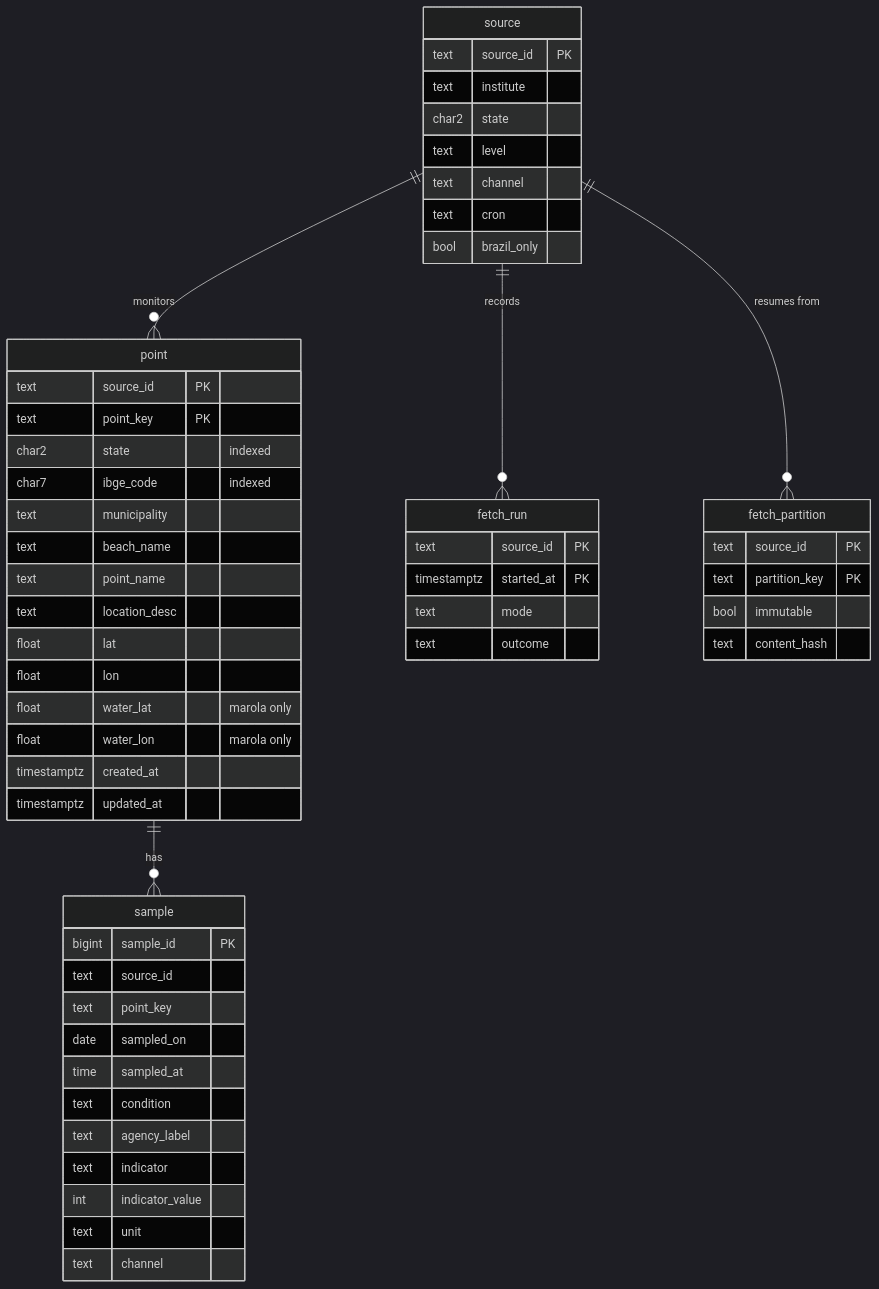
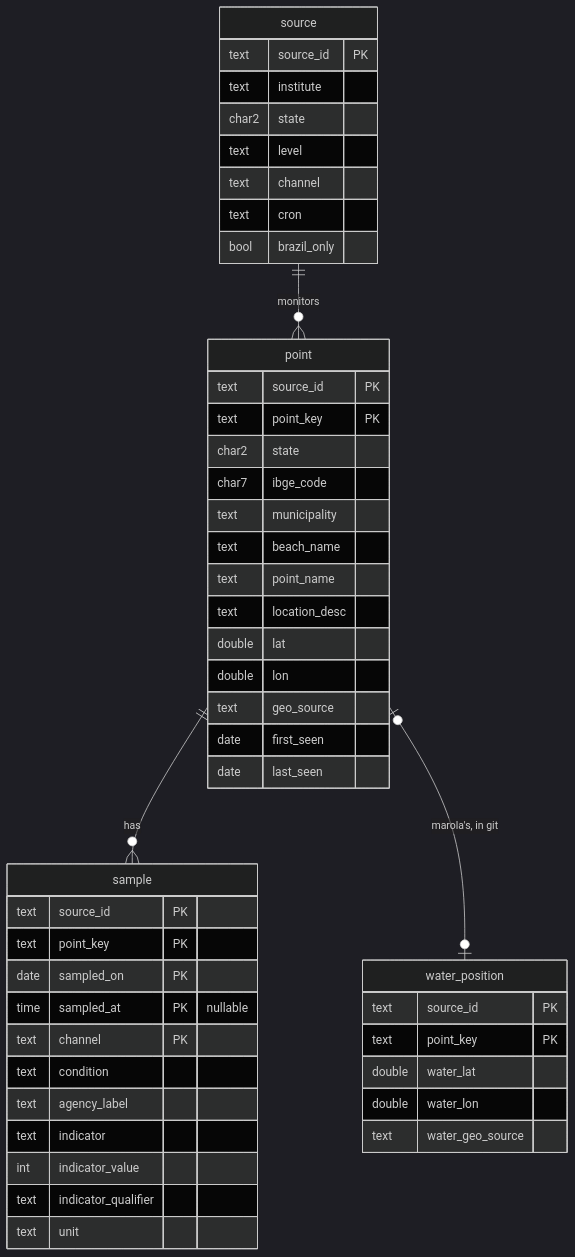
The second of 2 diagrams in specs/001-beach-persistence/data-model.md (marola-dev/marola-oods), drawn with Mermaid (dark theme) before and after one commit. The commit also changed other lines of this file and 12 other files, not shown here.

````diff
--- a/specs/001-beach-persistence/data-model.md
+++ b/specs/001-beach-persistence/data-model.md
@@ -7,58 +87,51 @@
 ```mermaid
 erDiagram
   source ||--o{ point : "monitors"
-  source ||--o{ fetch_run : "records"
-  source ||--o{ fetch_partition : "resumes from"
   point  ||--o{ sample : "has"
+  point  |o--o| water_position : "marola's, in git"
 
   source {
     text source_id PK
     text institute
     char2 state
     text level
     text channel
     text cron
     bool brazil_only
   }
   point {
     text source_id PK
     text point_key PK
-    char2 state "indexed"
-    char7 ibge_code "indexed"
+    char2 state
+    char7 ibge_code
     text municipality
     text beach_name
     text point_name
     text location_desc
-    float lat
-    float lon
-    float water_lat "marola only"
-    float water_lon "marola only"
-    timestamptz created_at
-    timestamptz updated_at
+    double lat
+    double lon
+    text geo_source
+    date first_seen
+    date last_seen
   }
   sample {
-    bigint sample_id PK
-    text source_id
-    text point_key
-    date sampled_on
-    time sampled_at
+    text source_id PK
+    text point_key PK
+    date sampled_on PK
+    time sampled_at PK "nullable"
+    text channel PK
     text condition
     text agency_label
     text indicator
     int indicator_value
+    text indicator_qualifier
     text unit
-    text channel
   }
-  fetch_run {
+  water_position {
     text source_id PK
-    timestamptz started_at PK
-    text mode
-    text outcome
-  }
-  fetch_partition {
-    text source_id PK
-    text partition_key PK
-    bool immutable
-    text content_hash
+    text point_key PK
+    double water_lat
+    double water_lon
+    text water_geo_source
   }
 ```
````
